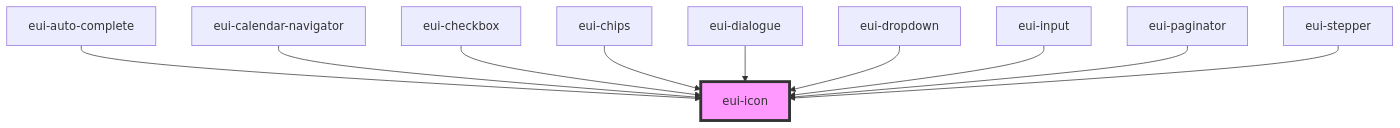
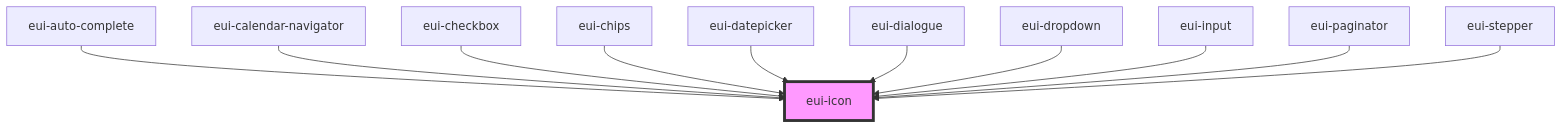
One commit to pnd-amirhosein/U_and_I changed the diagram in ensemble-ui/src/components/icon/readme.md. Above: the diagram before and after it, drawn with Mermaid. The commit also changed other lines of this file and 15 other files, not shown here.

````diff
--- a/ensemble-ui/src/components/icon/readme.md
+++ b/ensemble-ui/src/components/icon/readme.md
@@ -32,13 +33,14 @@
 ```mermaid
 graph TD;
   eui-auto-complete --> eui-icon
   eui-calendar-navigator --> eui-icon
   eui-checkbox --> eui-icon
   eui-chips --> eui-icon
+  eui-datepicker --> eui-icon
   eui-dialogue --> eui-icon
   eui-dropdown --> eui-icon
   eui-input --> eui-icon
   eui-paginator --> eui-icon
   eui-stepper --> eui-icon
   style eui-icon fill:#f9f,stroke:#333,stroke-width:4px
 ```
````
